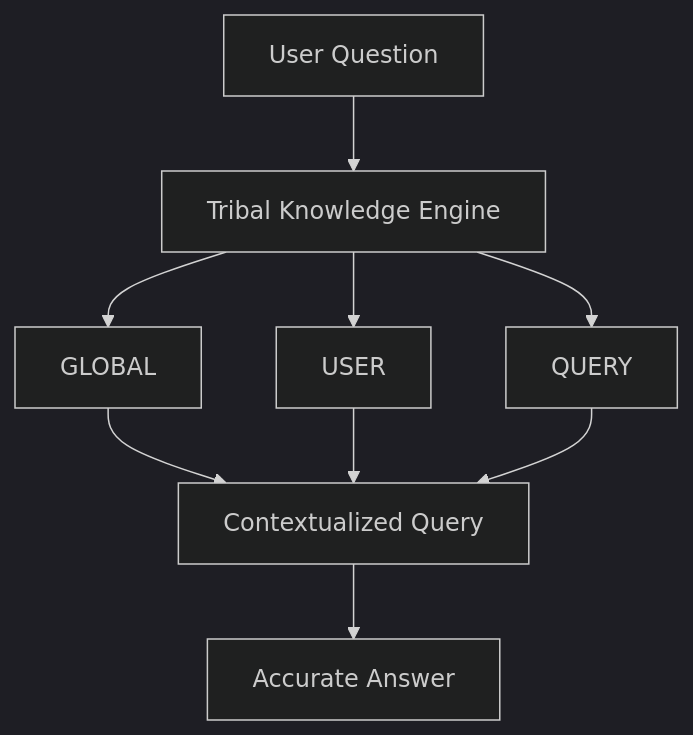
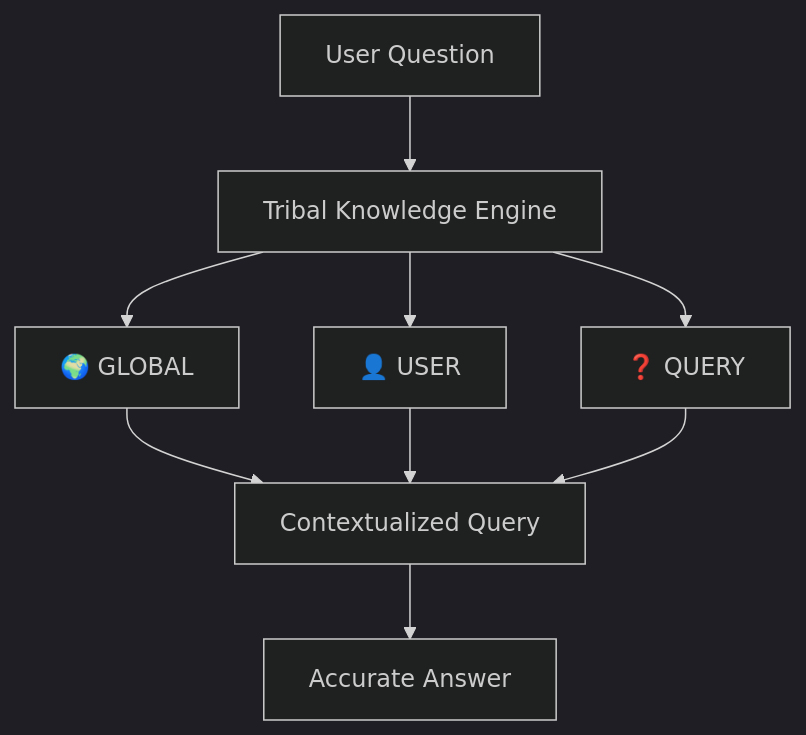
Before and after one commit to ashishsuperatom/tech-docs: the fourth of 9 diagrams in introduction/problems.mdx, drawn with Mermaid (dark theme). The commit also changed 3 other files, not shown here.

First line of the commit message:
Restore emojis inside mermaid diagram node labels

````diff
--- a/introduction/problems.mdx
+++ b/introduction/problems.mdx
@@ -133,11 +133,11 @@
 ```mermaid
 flowchart TD
     Q["User Question"] --> TK["Tribal Knowledge Engine"]
 
-    TK --> L1["GLOBAL"] & L2["USER"] & L3["QUERY"]
+    TK --> L1["🌍 GLOBAL"] & L2["👤 USER"] & L3["❓ QUERY"]
 
     L1 & L2 & L3 --> CONTEXT["Contextualized Query"]
 
     CONTEXT --> ANSWER["Accurate Answer"]
 
 ```
````
